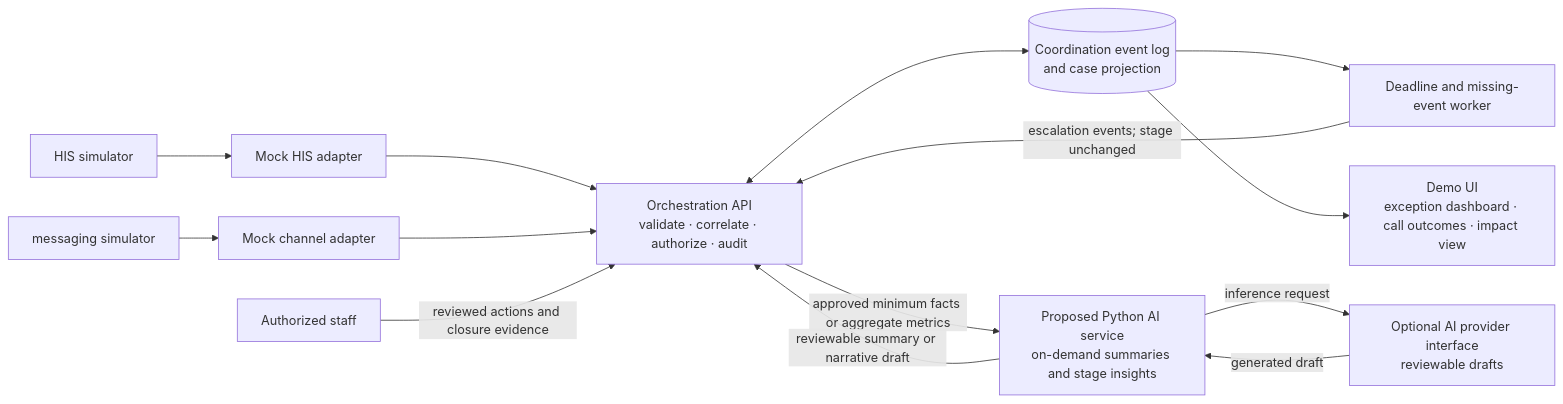
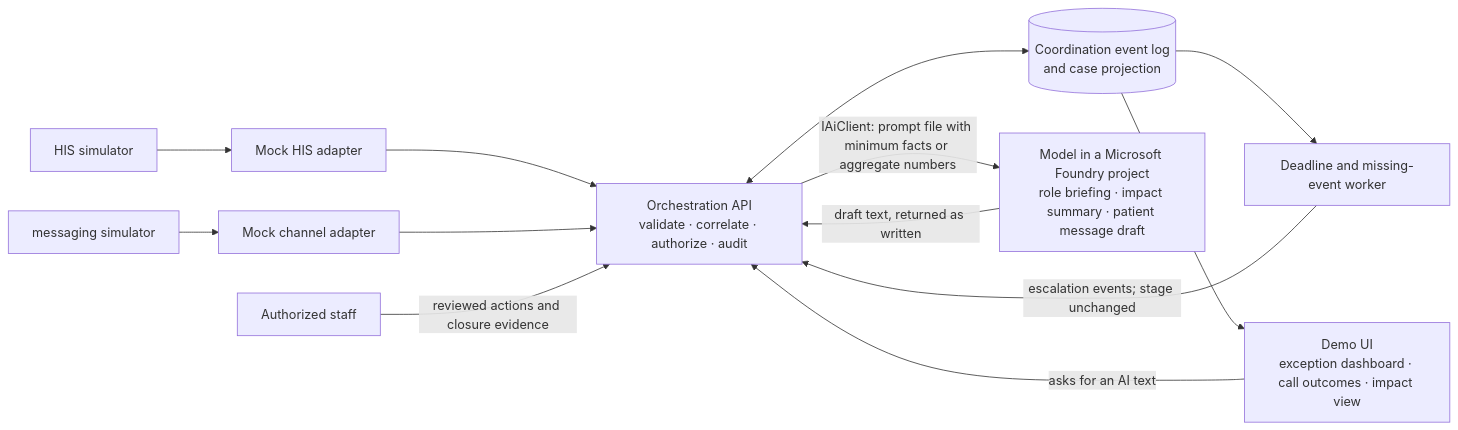
Before and after one commit to savannah-pulse/care-loop: the first of 2 diagrams in docs/ai-design/architecture.md, drawn with Mermaid. The commit also changed other lines of this file and 86 other files, not shown here.

First line of the commit message:
Replace handoff summaries with AI text endpoints

````diff
--- a/docs/ai-design/architecture.md
+++ b/docs/ai-design/architecture.md
@@ -13,26 +13,24 @@
 ```mermaid
 flowchart LR
     HIS[HIS simulator]
     CHANNEL[messaging simulator]
     HISADAPTER[Mock HIS adapter]
     CHANNELADAPTER[Mock channel adapter]
     API[Orchestration API<br/>validate · correlate · authorize · audit]
     STORE[(Coordination event log<br/>and case projection)]
     WORKER[Deadline and missing-event worker]
     UI[Demo UI<br/>exception dashboard · call outcomes · impact view]
-    AIWORKFLOW[Proposed Python AI service<br/>on-demand summaries and stage insights]
-    AIPROVIDER[Optional AI provider interface<br/>reviewable drafts]
+    MODEL[Model in a Microsoft Foundry project<br/>role briefing · impact summary · patient message draft]
     HUMAN[Authorized staff]
 
     HIS --> HISADAPTER --> API
     CHANNEL --> CHANNELADAPTER --> API
     API <--> STORE
     STORE --> WORKER
     WORKER -->|escalation events; stage unchanged| API
     STORE --> UI
     HUMAN -->|reviewed actions and closure evidence| API
-    API -->|approved minimum facts or aggregate metrics| AIWORKFLOW
-    AIWORKFLOW -->|reviewable summary or narrative draft| API
-    AIWORKFLOW -->|inference request| AIPROVIDER
-    AIPROVIDER -->|generated draft| AIWORKFLOW
+    UI -->|asks for an AI text| API
+    API -->|IAiClient: prompt file with minimum facts or aggregate numbers| MODEL
+    MODEL -->|draft text, returned as written| API
 ```
````
